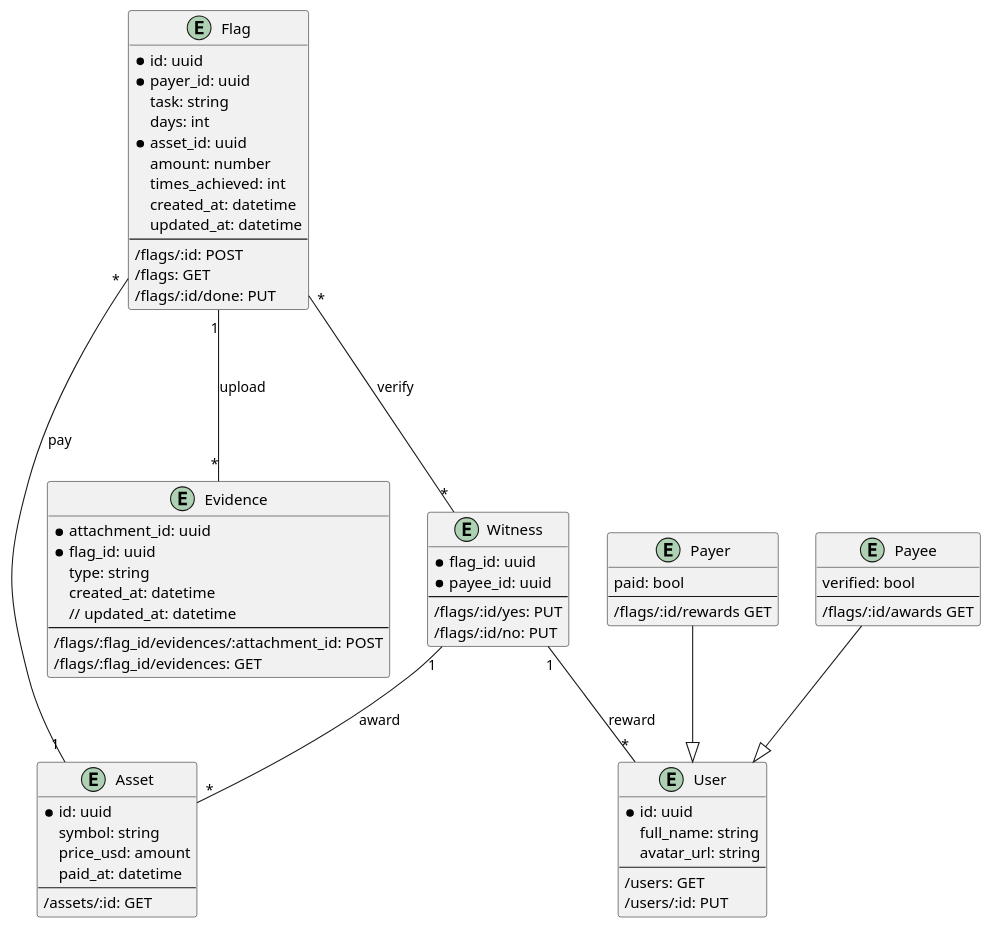
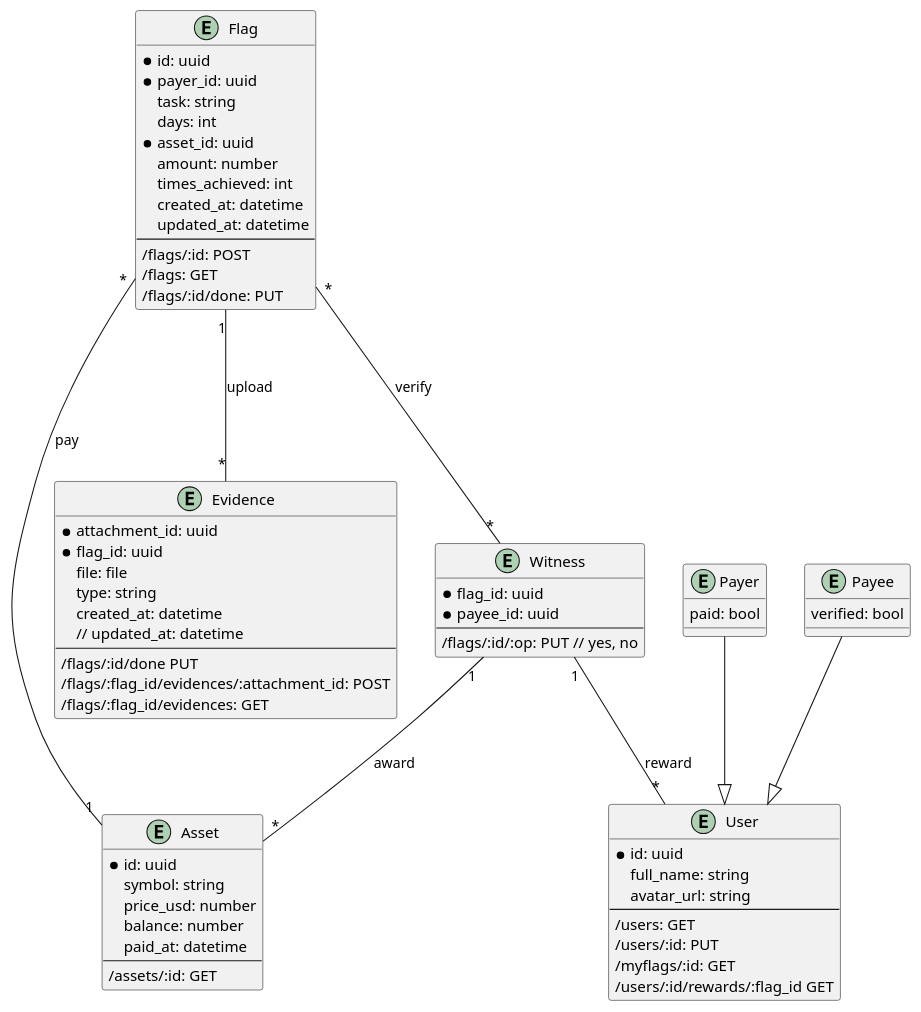
One commit to set-flags/set-flags changed the diagram in docs/models.puml. Above: the diagram before and after it, drawn with PlantUML. The commit also changed 3 other files, not shown here.

```diff
--- a/docs/models.puml
+++ b/docs/models.puml
@@ -1,77 +1,77 @@
 @startuml
 
 entity User {
    * id: uuid
    full_name: string
    avatar_url: string
    --
    /users: GET
    /users/:id: PUT
+   /myflags/:id: GET
+   /users/:id/rewards/:flag_id GET
 }
 
 entity Flag {
     * id: uuid
     * payer_id: uuid
     task: string
     days: int
     * asset_id: uuid
     amount: number
     times_achieved: int
     created_at: datetime
     updated_at: datetime
     --
     /flags/:id: POST
     /flags: GET
     /flags/:id/done: PUT
 }
 
 entity Asset {
     * id: uuid
     symbol: string
-    price_usd: amount
+    price_usd: number
+    balance: number
     paid_at: datetime
     --
     /assets/:id: GET
 }
 
 entity Evidence {
     * attachment_id: uuid
     * flag_id: uuid
+    file: file
     type: string
     created_at: datetime
     // updated_at: datetime
     --
+    /flags/:id/done PUT
     /flags/:flag_id/evidences/:attachment_id: POST
     /flags/:flag_id/evidences: GET
 }
 
 entity Witness {
     * flag_id: uuid
     * payee_id: uuid
     --
-    /flags/:id/yes: PUT
-    /flags/:id/no: PUT
+    /flags/:id/:op: PUT // yes, no
 }
 
 entity Payer {
     paid: bool
-    --
-    /flags/:id/rewards GET
 }
 
 entity Payee {
     verified: bool
-    --
-    /flags/:id/awards GET
 }
 
 Payer --|> User
 Payee --|> User
 
 Flag "1" --- "*" Evidence: upload
 Flag "*" --- "1" Asset: pay
 Flag "*" --- "*" Witness: verify
 Witness "1" -- "*" Asset: award 
 Witness "1" -- "*" User: reward 
 
 @enduml
```
